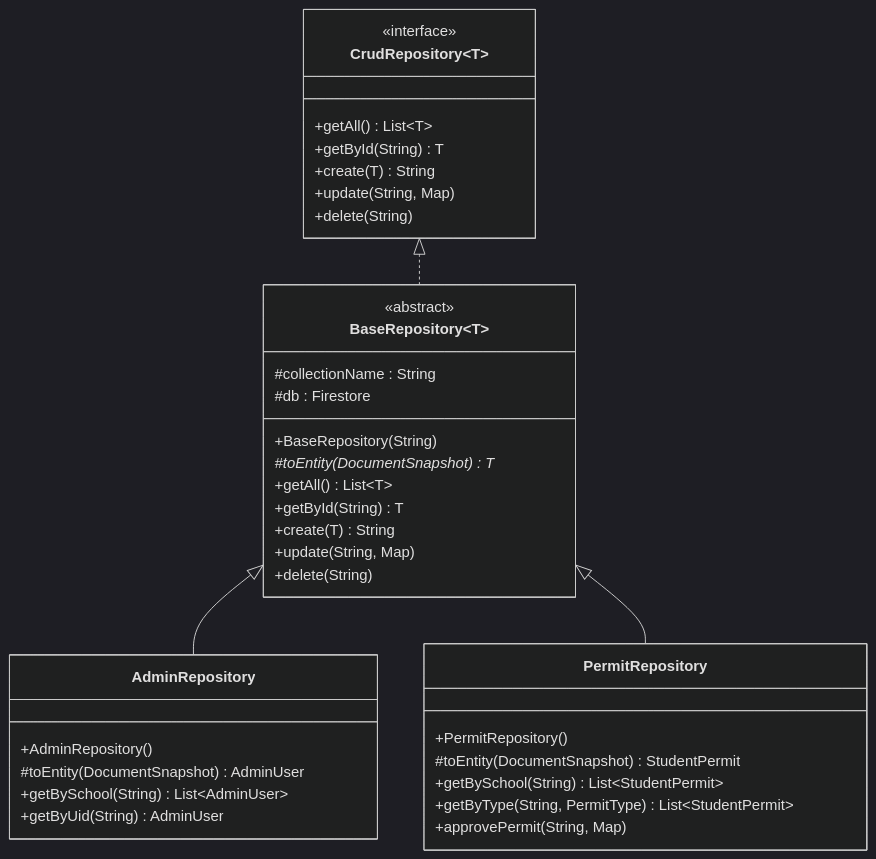
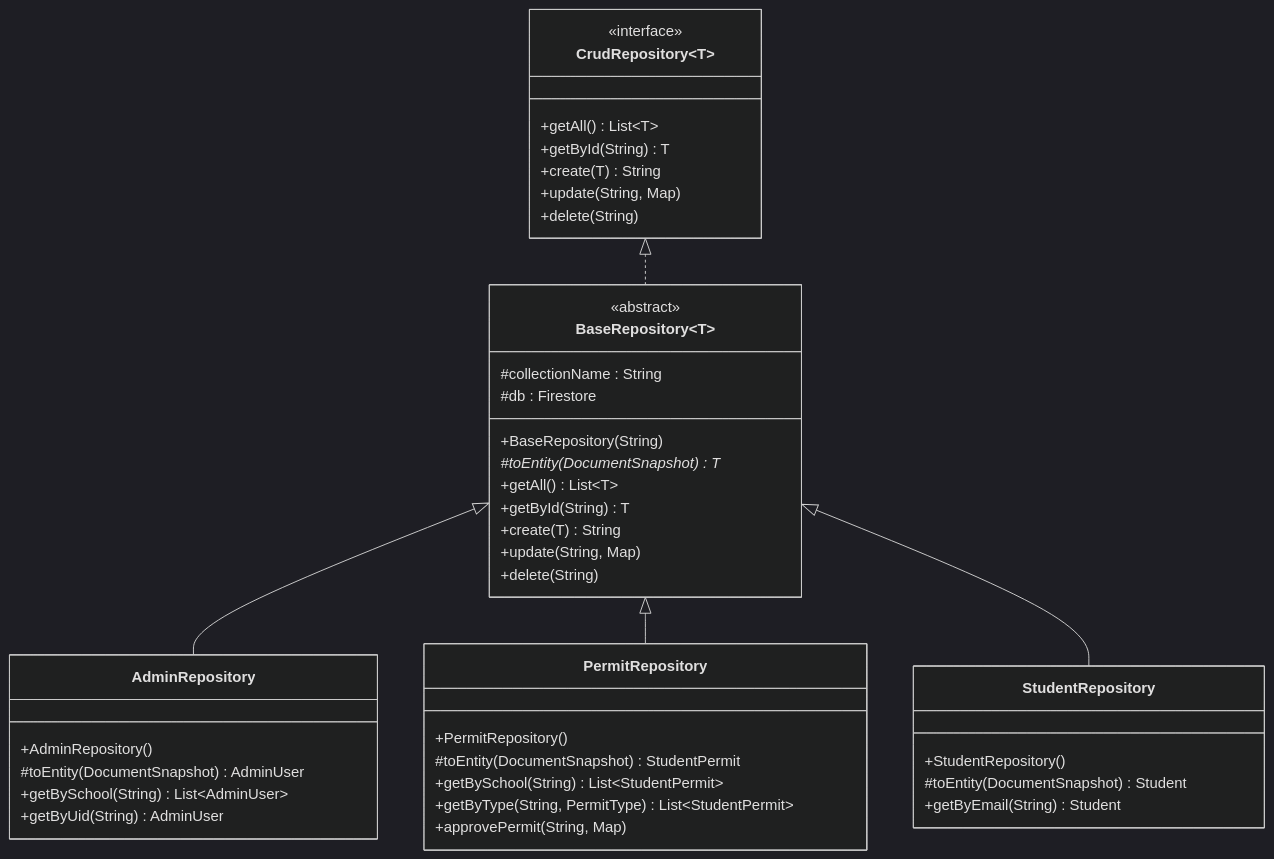
Before and after one commit to Doni354/TubesPBO: the second of 7 diagrams in DOKUMENTASI_PROYEK.md, drawn with Mermaid (dark theme). The commit also changed other lines of this file and 2 other files, not shown here.

````diff
--- a/DOKUMENTASI_PROYEK.md
+++ b/DOKUMENTASI_PROYEK.md
@@ -195,45 +209,52 @@
 ```mermaid
 classDiagram
     direction TB
 
     class CrudRepository~T~ {
         <<interface>>
         +getAll() List~T~
         +getById(String) T
         +create(T) String
         +update(String, Map)
         +delete(String)
     }
 
     class BaseRepository~T~ {
         <<abstract>>
         #collectionName : String
         #db : Firestore
         +BaseRepository(String)
         #toEntity(DocumentSnapshot)* T
         +getAll() List~T~
         +getById(String) T
         +create(T) String
         +update(String, Map)
         +delete(String)
     }
 
     class AdminRepository {
         +AdminRepository()
         #toEntity(DocumentSnapshot) AdminUser
         +getBySchool(String) List~AdminUser~
         +getByUid(String) AdminUser
     }
 
     class PermitRepository {
         +PermitRepository()
         #toEntity(DocumentSnapshot) StudentPermit
         +getBySchool(String) List~StudentPermit~
         +getByType(String, PermitType) List~StudentPermit~
         +approvePermit(String, Map)
     }
 
+    class StudentRepository {
+        +StudentRepository()
+        #toEntity(DocumentSnapshot) Student
+        +getByEmail(String) Student
+    }
+
     CrudRepository <|.. BaseRepository
     BaseRepository <|-- AdminRepository
     BaseRepository <|-- PermitRepository
+    BaseRepository <|-- StudentRepository
 ```
````
